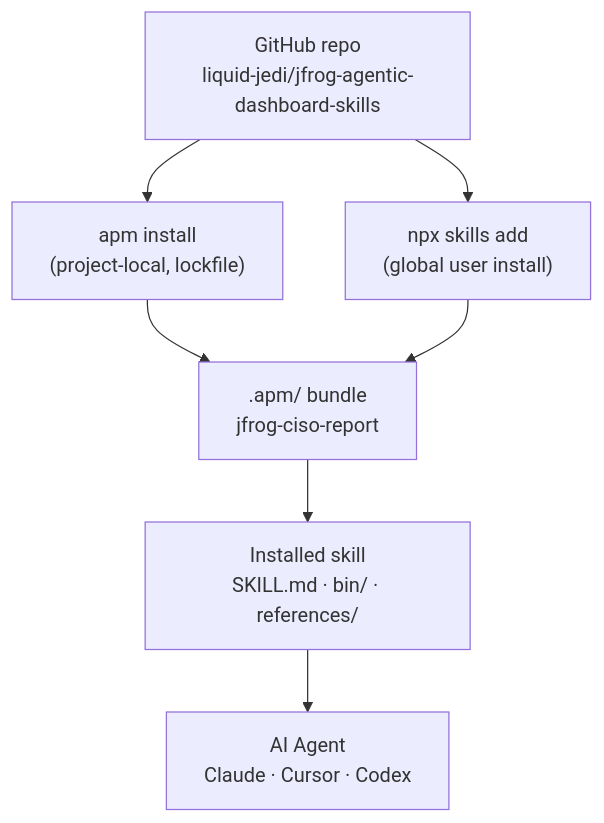
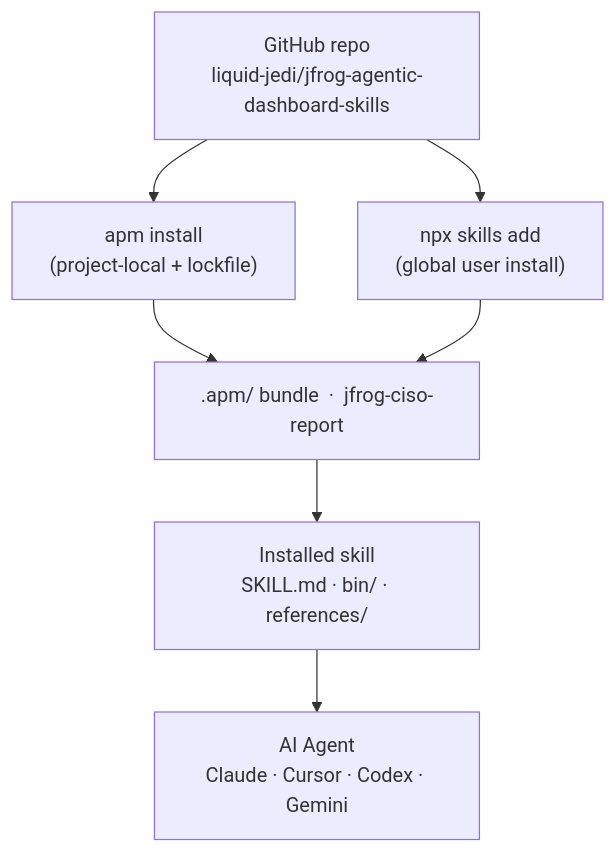
One commit to liquid-jedi/jfrog-agentic-dashboard-skills changed the second of 3 diagrams in README.md. Above: the diagram before and after it, drawn with Mermaid. The commit also changed other lines of this file, not shown here.

````diff
--- a/README.md
+++ b/README.md
@@ -47,10 +54,10 @@
 ```mermaid
 flowchart TD
   GH["GitHub repo\nliquid-jedi/jfrog-agentic-dashboard-skills"]
-  GH --> APM["apm install\n(project-local, lockfile)"]
+  GH --> APM["apm install\n(project-local + lockfile)"]
   GH --> NPX["npx skills add\n(global user install)"]
-  APM --> BDL[".apm/ bundle\njfrog-ciso-report"]
+  APM --> BDL[".apm/ bundle  ·  jfrog-ciso-report"]
   NPX --> BDL
   BDL --> SK["Installed skill\nSKILL.md · bin/ · references/"]
-  SK --> AGT["AI Agent\nClaude · Cursor · Codex"]
+  SK --> AGT["AI Agent\nClaude · Cursor · Codex · Gemini"]
 ```
````
